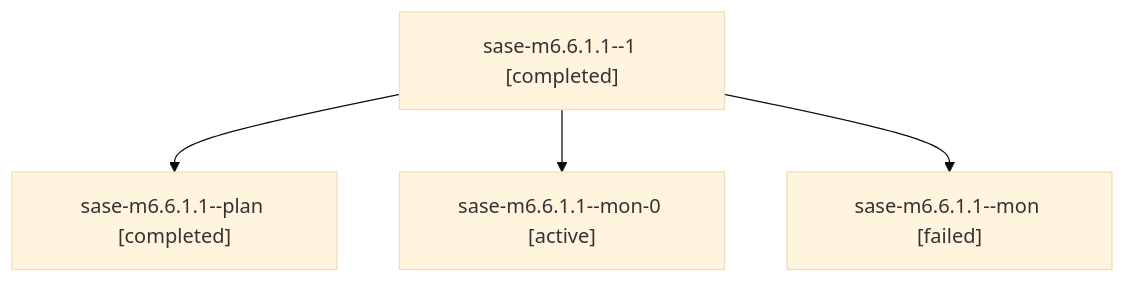
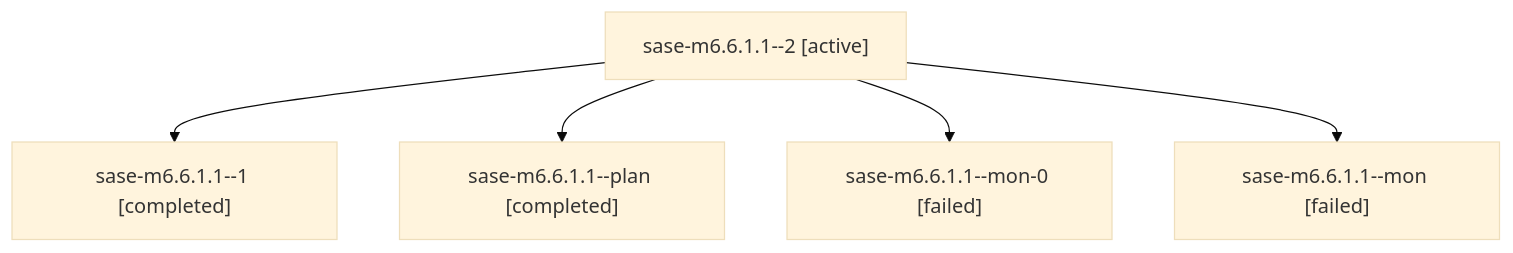
One commit to sase-org/sase--agents changed the diagram in families/bbugyi200.athena.sase-m6.6.1.1.md. Above: the diagram before and after it, drawn with Mermaid (base theme). The commit also changed other lines of this file and 62 other files, not shown here.

````diff
--- a/families/bbugyi200.athena.sase-m6.6.1.1.md
+++ b/families/bbugyi200.athena.sase-m6.6.1.1.md
@@ -9,10 +9,12 @@
 ```mermaid
 flowchart TD
-  n0["sase-m6.6.1.1--1 [completed]"]
-  n1["sase-m6.6.1.1--plan [completed]"]
+  n0["sase-m6.6.1.1--2 [active]"]
+  n1["sase-m6.6.1.1--1 [completed]"]
   n0 --> n1
-  n2["sase-m6.6.1.1--mon-0 [active]"]
+  n2["sase-m6.6.1.1--plan [completed]"]
   n0 --> n2
-  n3["sase-m6.6.1.1--mon [failed]"]
+  n3["sase-m6.6.1.1--mon-0 [failed]"]
   n0 --> n3
+  n4["sase-m6.6.1.1--mon [failed]"]
+  n0 --> n4
 ```
````
